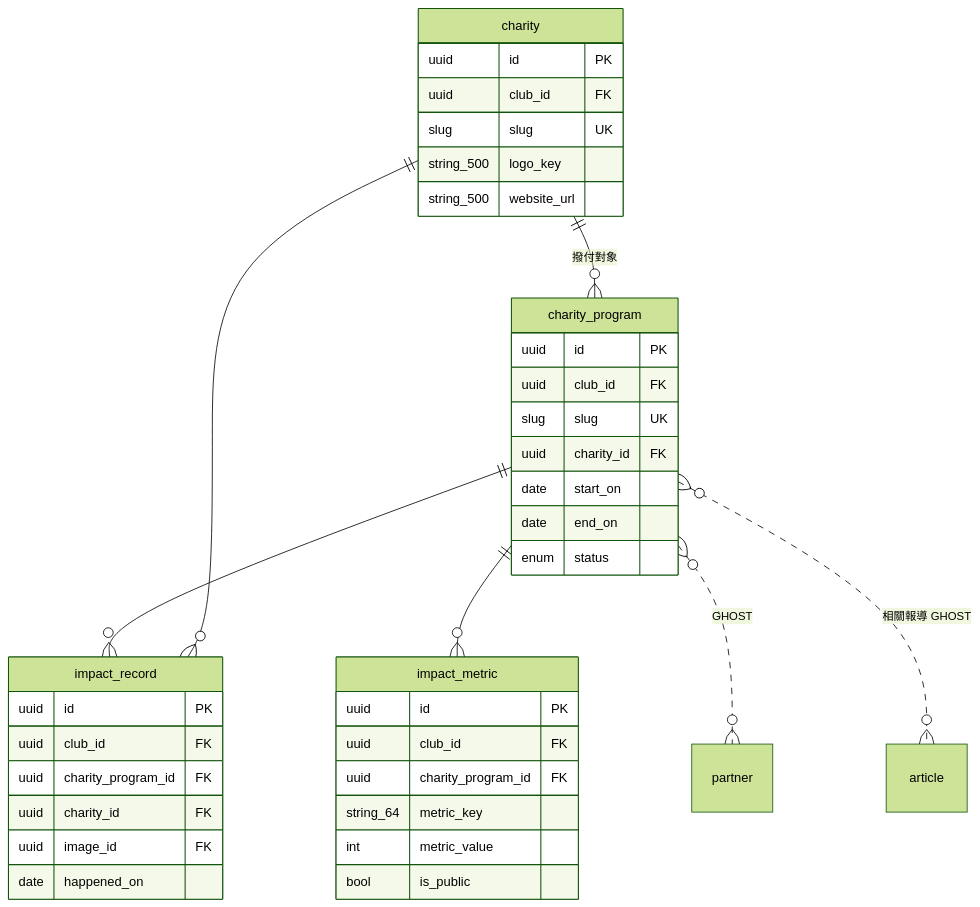
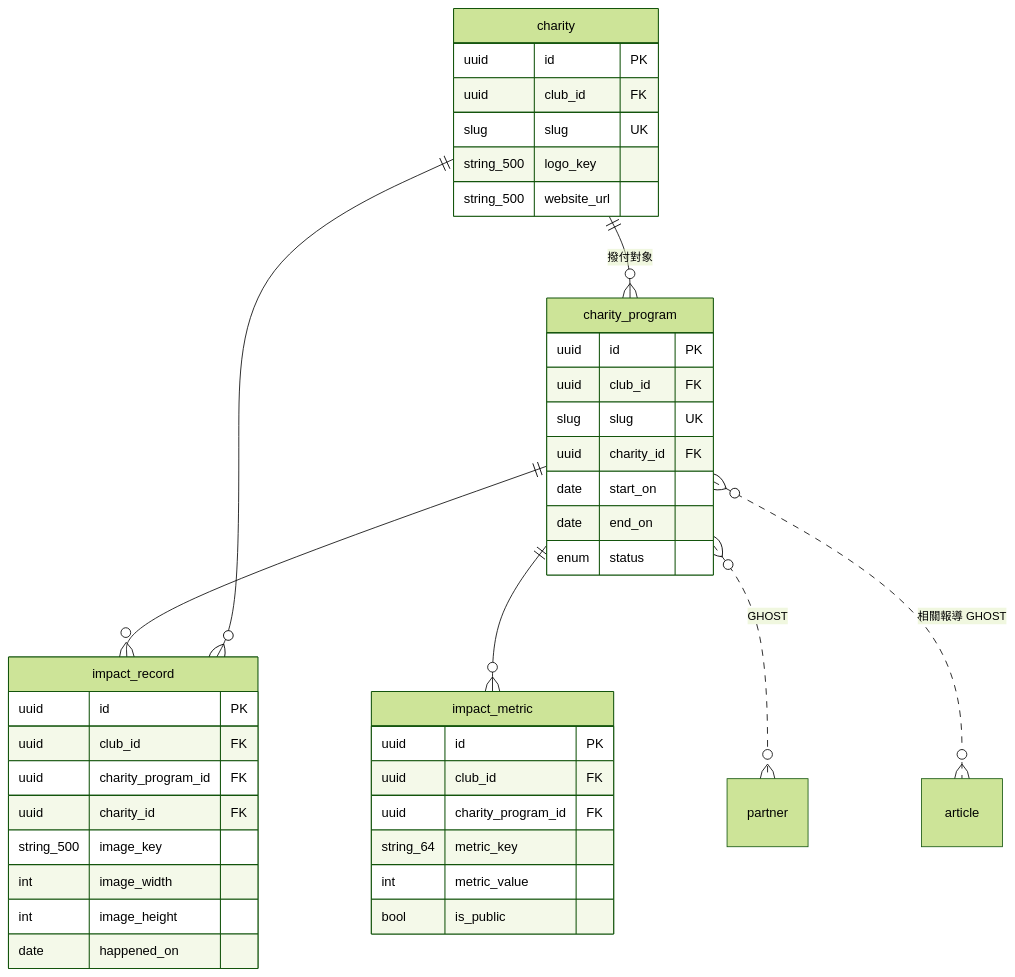
Diagram 13 of 15 in docs/12a-database-erd.md (waiting0201/tcrfc), drawn with Mermaid (forest theme) before and after one commit. The commit also changed other lines of this file and 2 other files, not shown here.

Commit message:
fix: S0-4 查證結案，補回三處被誤刪的圖片欄位並登記 S0-4b
查證 S0-4（移除 media_asset 三表、10 處外鍵改欄位組）的實際狀態：三張表
確實已不存在，10 處外鍵中 Partner / Sponsor 的四個 logo、ProposalFile、
ProductImage、Charity.logo、ComicPage 都已是欄位組。

但有三處不是「改成欄位組」而是「整個被刪掉」：
- Article 封面（落差第 13 項明列，ERD 裡完全沒有圖片欄位）
- Banner 素材（同上）
- ImpactRecord.image_id（**不在原本列的 10 處內**，是第 11 處；規劃書明訂
  「三項核心資料必填：公益團體名稱、捐助內容、活動圖片」）

三處已補為 cover_key / image_key。落差第 13 項結案。

🟡 連帶發現一個更大的缺口，登記為 S0-4b：docs/12a 的圖例寫「ERD 只畫
_key」，但 page / player / staff / program / event_type /
calendar_custom_event / charity_program 七個實體一個 _key 都沒有，而
規劃書 §4／§5.1 描述它們有封面、照片或圖示。移除 media 三表時的刪法是
一致的——把外鍵刪掉而不是轉成替代表示。七個須逐一回查規劃書確認欄位名
再補，不得自行命名。S0-6（轉 DDL）的前置因此改為 S0-4b。

````diff
--- a/docs/12a-database-erd.md
+++ b/docs/12a-database-erd.md
@@ -924,41 +926,43 @@
 ```mermaid
 erDiagram
   charity ||--o{ charity_program : "撥付對象"
   charity_program ||--o{ impact_record : ""
   charity ||--o{ impact_record : ""
   charity_program ||--o{ impact_metric : ""
   charity_program }o..o{ partner : "GHOST"
   charity_program }o..o{ article : "相關報導 GHOST"
   charity {
     uuid id PK
     uuid club_id FK
     slug slug UK
     string_500 logo_key
     string_500 website_url
   }
   charity_program {
     uuid id PK
     uuid club_id FK
     slug slug UK
     uuid charity_id FK
     date start_on
     date end_on
     enum status
   }
   impact_record {
     uuid id PK
     uuid club_id FK
     uuid charity_program_id FK
     uuid charity_id FK
-    uuid image_id FK
+    string_500 image_key
+    int image_width
+    int image_height
     date happened_on
   }
   impact_metric {
     uuid id PK
     uuid club_id FK
     uuid charity_program_id FK
     string_64 metric_key
     int metric_value
     bool is_public
   }
 ```
````
